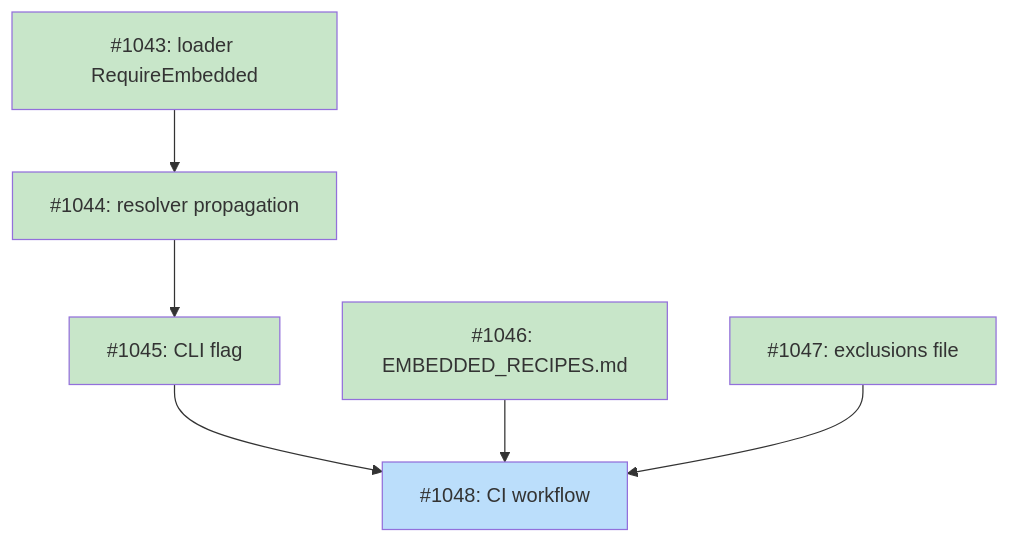
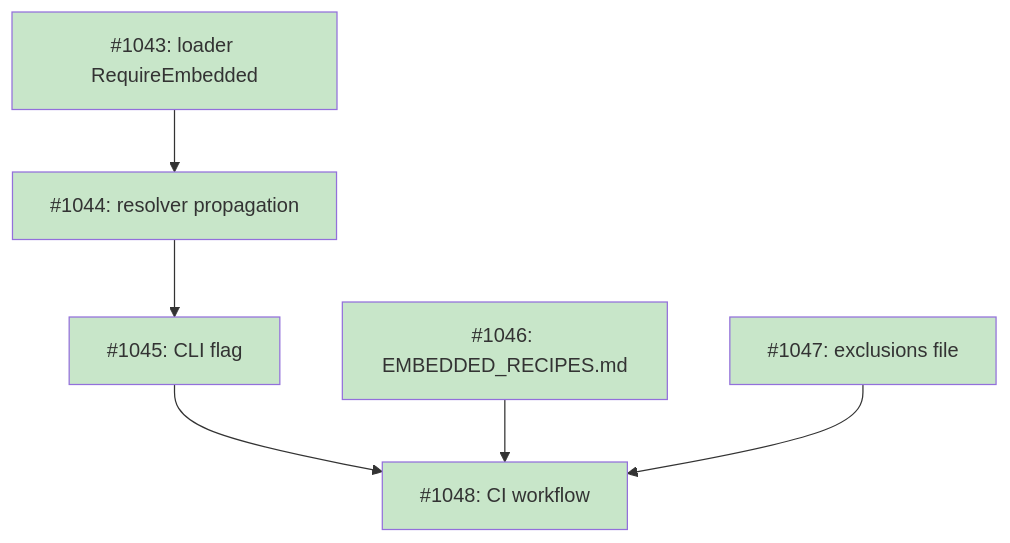
The diagram in docs/designs/DESIGN-embedded-recipe-list.md (tsukumogami/tsuku), drawn with Mermaid before and after one commit. The commit also changed 1 other file, not shown here.

Commit message:
ci: add embedded dependency validation workflow
Add CI workflow that validates action dependencies can be resolved from
the embedded registry using --require-embedded flag.

Tests representative recipes for each action type:
- go_install: gofumpt
- cargo_install: cargo-audit
- npm_install: netlify-cli
- pipx_install: ruff
- gem_install: bundler
- cpan_install: ack
- homebrew: make

Respects embedded-validation-exclusions.json for known gaps.

Local testing confirms all recipes pass validation.

Closes #1048

````diff
--- a/docs/designs/DESIGN-embedded-recipe-list.md
+++ b/docs/designs/DESIGN-embedded-recipe-list.md
@@ -25,22 +25,21 @@
 ```mermaid
 graph TD
     1043["#1043: loader RequireEmbedded"]
     1044["#1044: resolver propagation"]
     1045["#1045: CLI flag"]
     1046["#1046: EMBEDDED_RECIPES.md"]
     1047["#1047: exclusions file"]
     1048["#1048: CI workflow"]
 
     1043 --> 1044
     1044 --> 1045
     1045 --> 1048
     1046 --> 1048
     1047 --> 1048
 
     classDef done fill:#c8e6c9
     classDef ready fill:#bbdefb
     classDef blocked fill:#fff9c4
 
-    class 1043,1044,1045,1046,1047 done
-    class 1048 ready
+    class 1043,1044,1045,1046,1047,1048 done
 ```
````
